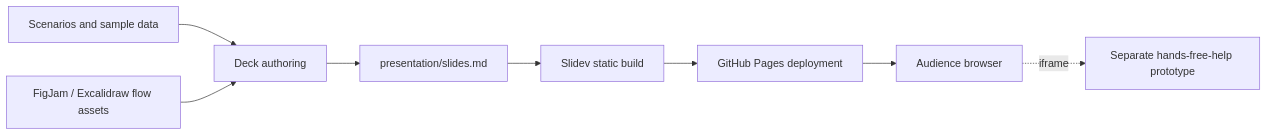
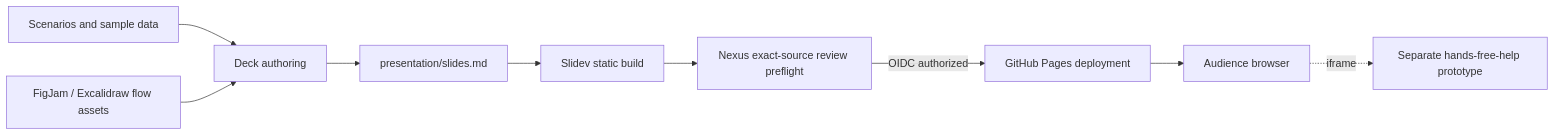
One commit to roger704/YZR-Team changed the diagram in docs/diagrams/README.md. Above: the diagram before and after it, drawn with Mermaid. The commit also changed 6 other files, not shown here.

Commit message:
feat: require reviewed source before Pages publication

````diff
--- a/docs/diagrams/README.md
+++ b/docs/diagrams/README.md
@@ -9,10 +9,11 @@
 ```mermaid
 flowchart LR
   Scenarios["Scenarios and sample data"] --> Author["Deck authoring"]
   Design["FigJam / Excalidraw flow assets"] --> Author
   Author --> Slides["presentation/slides.md"]
   Slides --> Build["Slidev static build"]
-  Build --> Pages["GitHub Pages deployment"]
+  Build --> Gate["Nexus exact-source review preflight"]
+  Gate -->|OIDC authorized| Pages["GitHub Pages deployment"]
   Pages --> Browser["Audience browser"]
   Browser -. iframe .-> Prototype["Separate hands-free-help prototype"]
 ```
````
